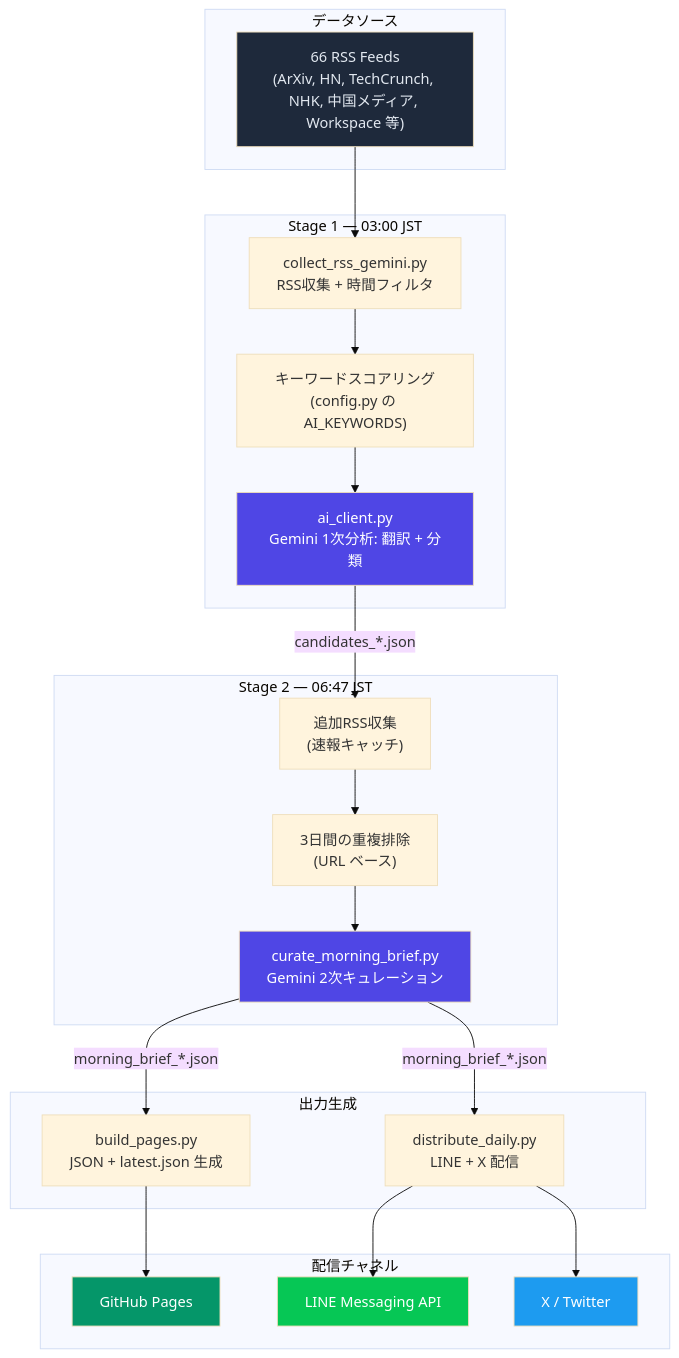
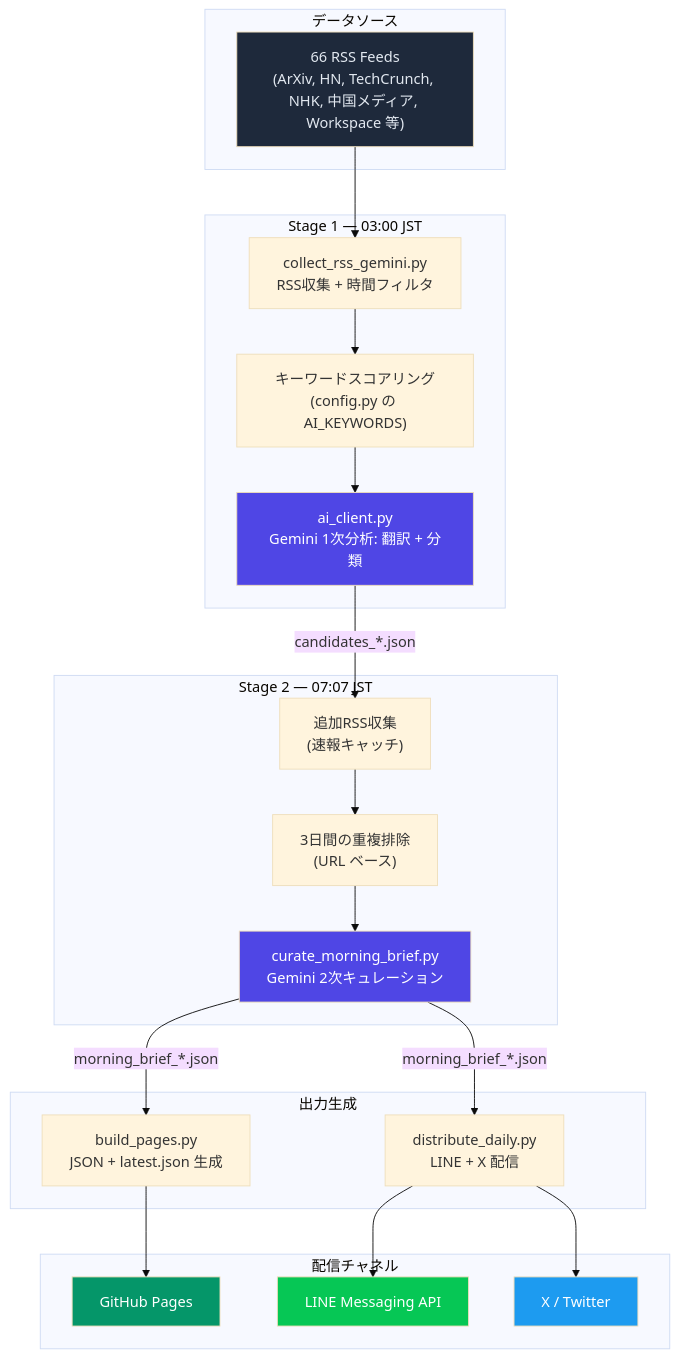
Before and after one commit to TadFuji/ai-news-bot: the diagram in README.md, drawn with Mermaid (base theme). The commit also changed other lines of this file and 6 other files, not shown here.

````diff
--- a/README.md
+++ b/README.md
@@ -70,45 +70,45 @@
 ```mermaid
 graph TD
     subgraph "データソース"
         RSS["66 RSS Feeds<br/>(ArXiv, HN, TechCrunch, NHK, 中国メディア, Workspace 等)"]
     end
 
     subgraph "Stage 1 — 03:00 JST"
         COLLECT["collect_rss_gemini.py<br/>RSS収集 + 時間フィルタ"]
         SCORE["キーワードスコアリング<br/>(config.py の AI_KEYWORDS)"]
         GEMINI1["ai_client.py<br/>Gemini 1次分析: 翻訳 + 分類"]
     end
 
-    subgraph "Stage 2 — 06:47 JST"
+    subgraph "Stage 2 — 07:07 JST"
         FRESH["追加RSS収集<br/>(速報キャッチ)"]
         DEDUP["3日間の重複排除<br/>(URL ベース)"]
         GEMINI2["curate_morning_brief.py<br/>Gemini 2次キュレーション"]
     end
 
     subgraph "出力生成"
         BUILD["build_pages.py<br/>JSON + latest.json 生成"]
         DIST["distribute_daily.py<br/>LINE + X 配信"]
     end
 
     subgraph "配信チャネル"
         WEB["GitHub Pages"]
         LINE["LINE Messaging API"]
         X["X / Twitter"]
     end
 
     RSS --> COLLECT --> SCORE --> GEMINI1
     GEMINI1 -->|"candidates_*.json"| FRESH
     FRESH --> DEDUP --> GEMINI2
     GEMINI2 -->|"morning_brief_*.json"| BUILD
     GEMINI2 -->|"morning_brief_*.json"| DIST
     BUILD --> WEB
     DIST --> LINE
     DIST --> X
 
     style RSS fill:#1e293b,color:#e2e8f0
     style GEMINI1 fill:#4f46e5,color:#fff
     style GEMINI2 fill:#4f46e5,color:#fff
     style WEB fill:#059669,color:#fff
     style LINE fill:#06c755,color:#fff
     style X fill:#1d9bf0,color:#fff
 ```
````
